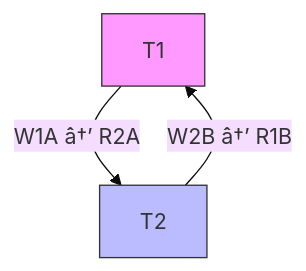
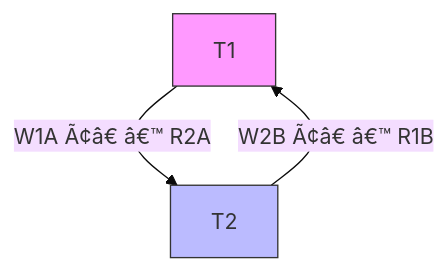
The fifth of 8 diagrams in docs/courses/gate-cs-preparation/23-gate-2025-solved.md (Raushan666java/ai-engineering-journey), drawn with Mermaid (base theme) before and after one commit. The commit also changed other lines of this file and 29 other files, not shown here.

````diff
--- a/docs/courses/gate-cs-preparation/23-gate-2025-solved.md
+++ b/docs/courses/gate-cs-preparation/23-gate-2025-solved.md
@@ -1087,7 +1087,7 @@
 ```mermaid
 graph TD
-    T1 -->|W1A â†’ R2A| T2
-    T2 -->|W2B â†’ R1B| T1
+    T1 -->|W1A Ã¢â€ â€™ R2A| T2
+    T2 -->|W2B Ã¢â€ â€™ R1B| T1
     style T1 fill:#f9f,stroke:#333
     style T2 fill:#bbf,stroke:#333
 ```
````
